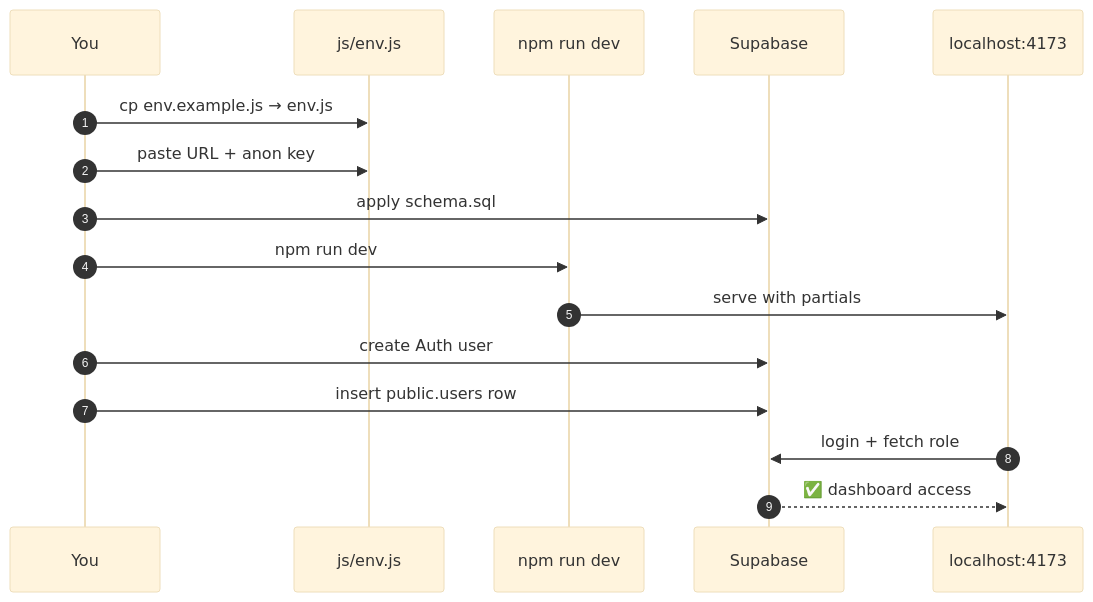
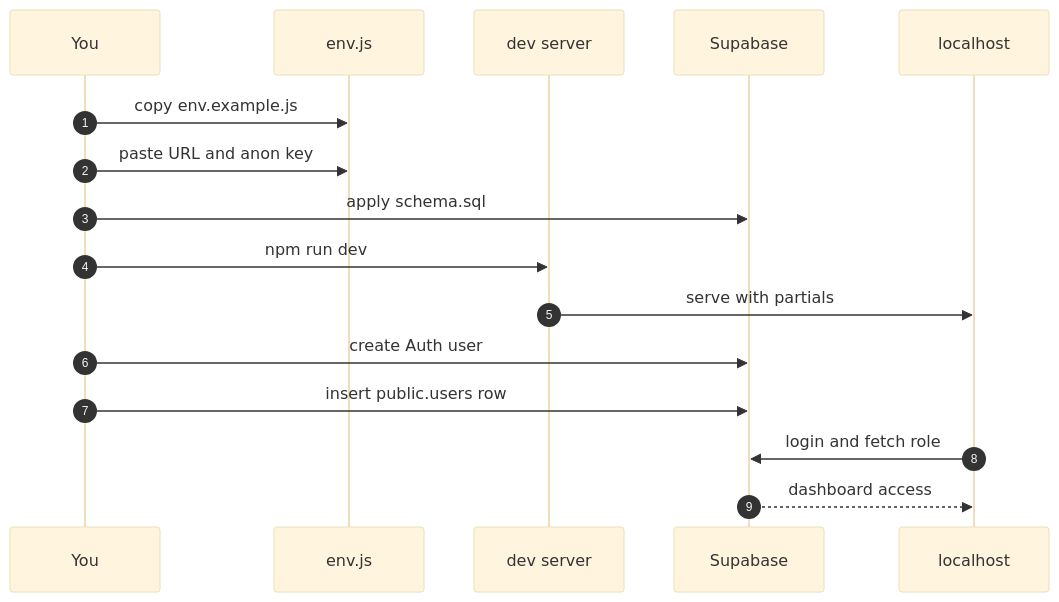
The second of 7 diagrams in docs/README.md (fnsventures/petrolpump), drawn with Mermaid (base theme) before and after one commit. The commit also changed other lines of this file and 3 other files, not shown here.

````diff
--- a/docs/README.md
+++ b/docs/README.md
@@ -109,19 +101,19 @@
 ```mermaid
 sequenceDiagram
   autonumber
   participant You
-  participant Env as js/env.js
-  participant Dev as npm run dev
+  participant Env as env.js
+  participant Dev as dev server
   participant SB as Supabase
-  participant App as localhost:4173
+  participant App as localhost
 
-  You->>Env: cp env.example.js → env.js
-  You->>Env: paste URL + anon key
+  You->>Env: copy env.example.js
+  You->>Env: paste URL and anon key
   You->>SB: apply schema.sql
   You->>Dev: npm run dev
   Dev->>App: serve with partials
   You->>SB: create Auth user
   You->>SB: insert public.users row
-  App->>SB: login + fetch role
-  SB-->>App: ✅ dashboard access
+  App->>SB: login and fetch role
+  SB-->>App: dashboard access
 ```
````
